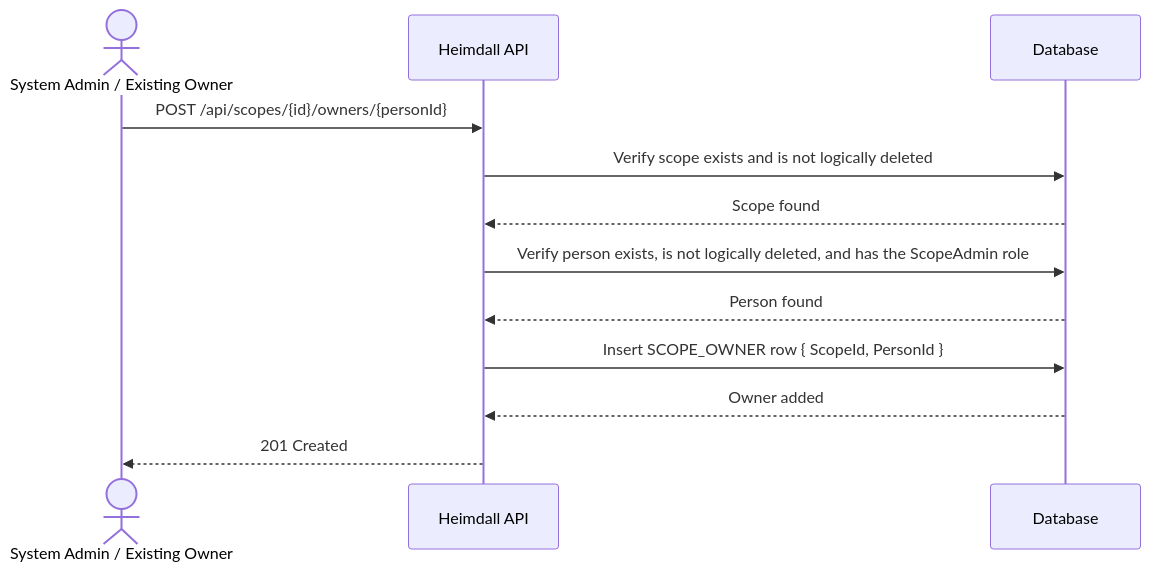
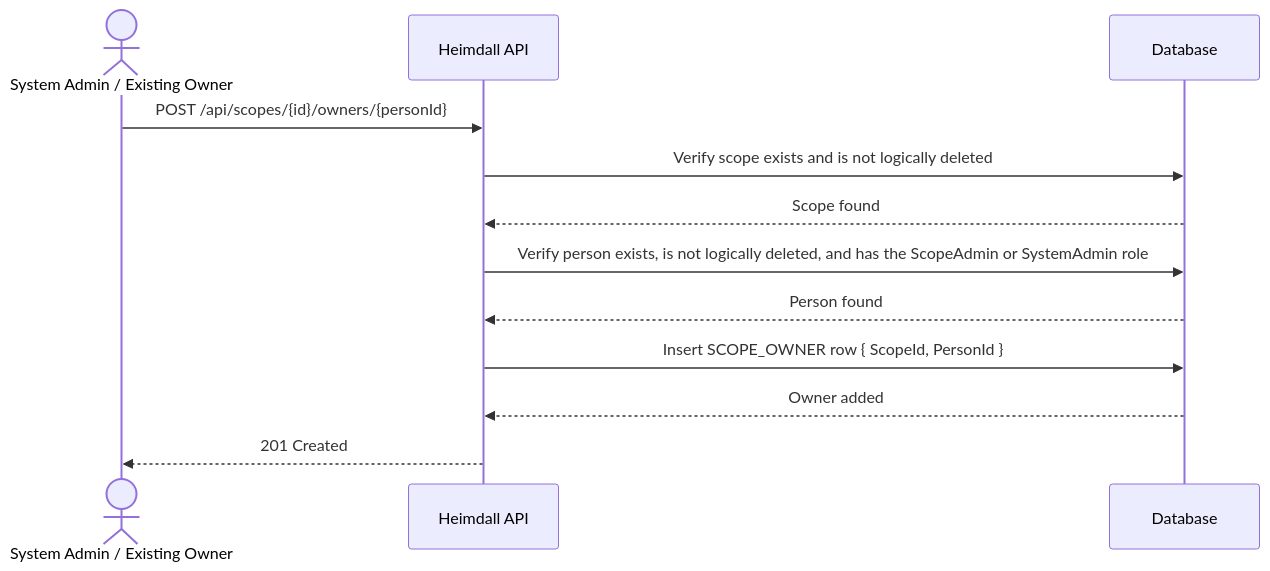
One commit to artur-rios/heimdall-api changed diagram 11 of 27 in docs/requirements/Use Case Specification Document.md. Above: the diagram before and after it, drawn with Mermaid. The commit also changed other lines of this file and 30 other files, not shown here.

First line of the commit message:
fix: let a system admin own a scope

````diff
--- a/docs/requirements/Use Case Specification Document.md
+++ b/docs/requirements/Use Case Specification Document.md
@@ -1083,15 +1083,15 @@
 ```mermaid
 sequenceDiagram
     actor Admin as System Admin / Existing Owner
     participant API as Heimdall API
     participant DB as Database
 
     Admin->>API: POST /api/scopes/{id}/owners/{personId}
     API->>DB: Verify scope exists and is not logically deleted
     DB-->>API: Scope found
-    API->>DB: Verify person exists, is not logically deleted, and has the ScopeAdmin role
+    API->>DB: Verify person exists, is not logically deleted, and has the ScopeAdmin or SystemAdmin role
     DB-->>API: Person found
     API->>DB: Insert SCOPE_OWNER row { ScopeId, PersonId }
     DB-->>API: Owner added
     API-->>Admin: 201 Created
 ```
````
